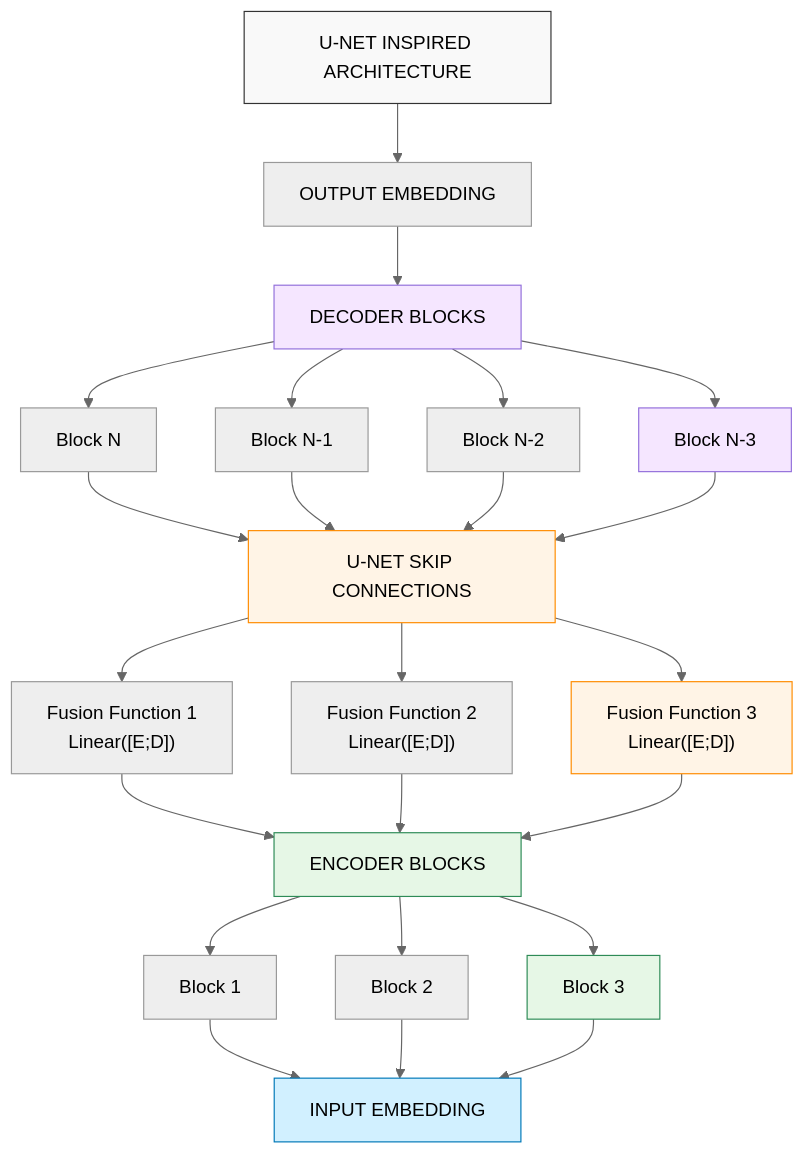
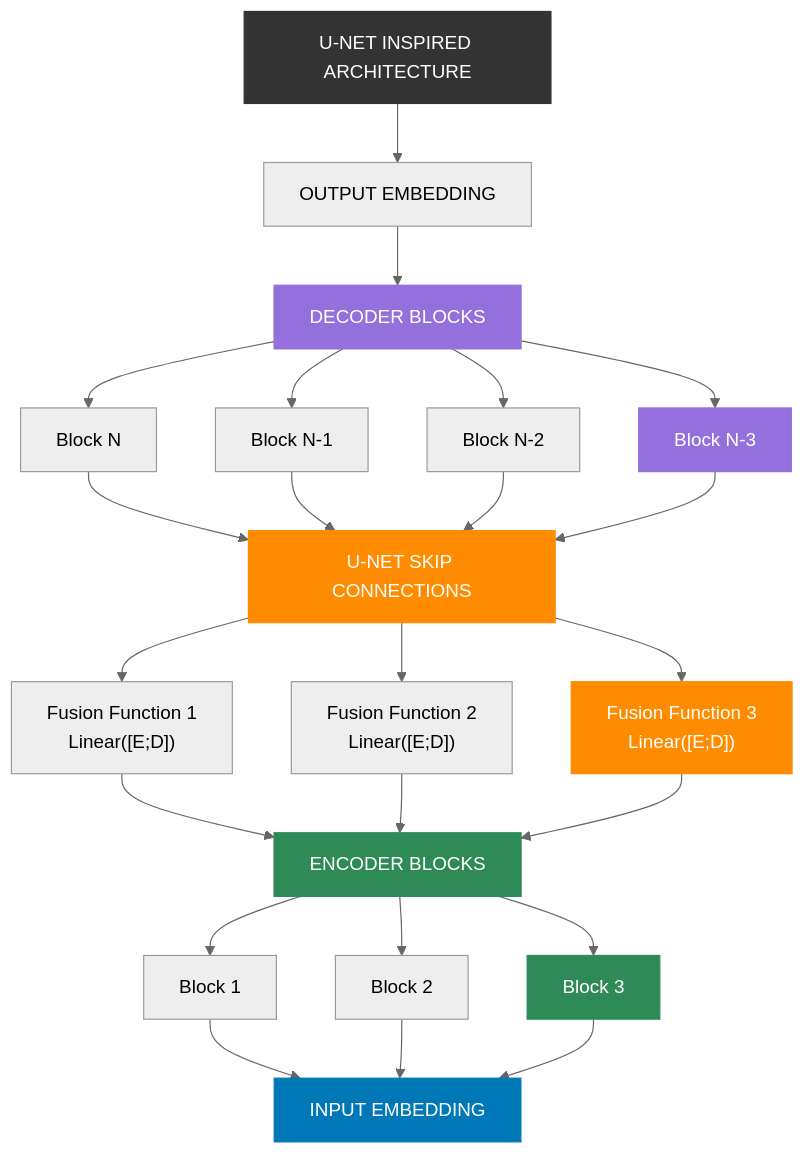
One commit to CambrianTech/sentinel-ai changed the fourth of 6 diagrams in README.md. Above: the diagram before and after it, drawn with Mermaid (neutral theme). The commit also changed other lines of this file, not shown here.

First line of the commit message:
Improve diagram color contrast in README

````diff
--- a/README.md
+++ b/README.md
@@ -203,61 +203,61 @@
 ```mermaid
 flowchart TD
-    classDef standard fill:#f9f9f9,stroke:#333,stroke-width:1px
-    classDef embedding fill:#d1f0ff,stroke:#0078b8,stroke-width:1px
-    classDef decoder fill:#f5e6ff,stroke:#9370db,stroke-width:1px
-    classDef skip fill:#fff4e6,stroke:#ff8c00,stroke-width:1px
-    classDef encoder fill:#e6f7e6,stroke:#2e8b57,stroke-width:1px
+    classDef standard fill:#333,stroke:#333,stroke-width:1px,color:#fff
+    classDef embedding fill:#0078b8,stroke:#0078b8,stroke-width:1px,color:#fff
+    classDef decoder fill:#9370db,stroke:#9370db,stroke-width:1px,color:#fff
+    classDef skip fill:#ff8c00,stroke:#ff8c00,stroke-width:1px,color:#fff
+    classDef encoder fill:#2e8b57,stroke:#2e8b57,stroke-width:1px,color:#fff
     
     %% Main Components
     title["U-NET INSPIRED ARCHITECTURE"]
     outputEmbed["OUTPUT EMBEDDING"]
     decoderBlocks["DECODER BLOCKS"]
     skipConnections["U-NET SKIP CONNECTIONS"]
     encoderBlocks["ENCODER BLOCKS"]
     inputEmbed["INPUT EMBEDDING"]
     
     %% Decoder Components
     blockN["Block N"]
     blockN1["Block N-1"]
     blockN2["Block N-2"]
     blockN3["Block N-3"]
     
     %% Skip Components
     fusion1["Fusion Function 1<br/>Linear([E;D])"]
     fusion2["Fusion Function 2<br/>Linear([E;D])"]
     fusion3["Fusion Function 3<br/>Linear([E;D])"]
     
     %% Encoder Components
     block1["Block 1"]
     block2["Block 2"]
     block3["Block 3"]
     
     %% Connections
     title --> outputEmbed
     outputEmbed --> decoderBlocks
     
     decoderBlocks --> blockN & blockN1 & blockN2 & blockN3
     
     blockN & blockN1 & blockN2 & blockN3 --> skipConnections
     
     skipConnections --> fusion1 & fusion2 & fusion3
     
     fusion1 & fusion2 & fusion3 --> encoderBlocks
     
     encoderBlocks --> block1 & block2 & block3
     
     block1 & block2 & block3 --> inputEmbed
     
     %% Styling
     title:::standard
     outputEmbed & inputEmbed:::embedding
     decoderBlocks:::decoder
     skipConnections:::skip
     encoderBlocks:::encoder
     
     blockN & blockN1 & blockN2 & blockN3:::decoder
     
     fusion1 & fusion2 & fusion3:::skip
     
     block1 & block2 & block3:::encoder
 ```
````
